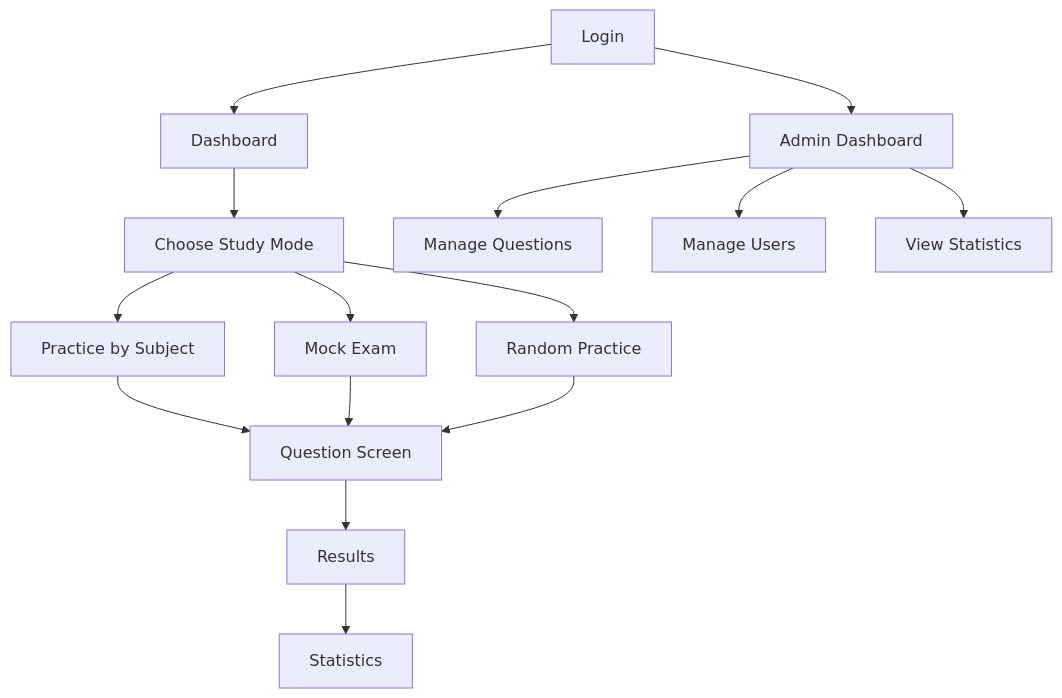
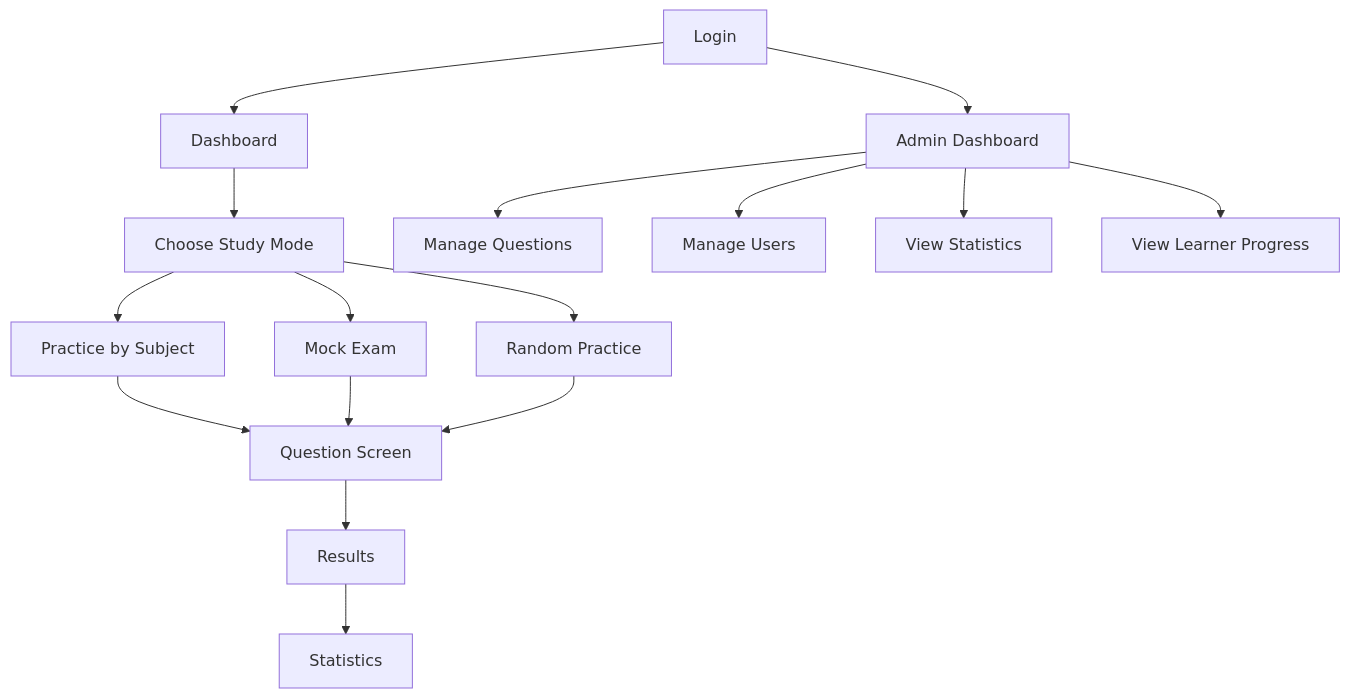
Before and after one commit to Hunter-Theory-Examination-Jagarexamen/hunter-exam-trainer: the diagram in docs/Design/UI-Design.md, drawn with Mermaid. The commit also changed 12 other files, not shown here.

First line of the commit message:
feat: admin view of learner progress (#33)

````diff
--- a/docs/Design/UI-Design.md
+++ b/docs/Design/UI-Design.md
@@ -3,29 +3,32 @@
 ```mermaid
 flowchart TD
 
     A[Login]
 
     A --> B[Dashboard]
 
     B --> C[Choose Study Mode]
 
     C --> D[Practice by Subject]
     C --> E[Mock Exam]
     C --> F[Random Practice]
 
     D --> G[Question Screen]
     E --> G
     F --> G
 
     G --> H[Results]
 
     H --> I[Statistics]
 
     A --> J[Admin Dashboard]
 
     J --> K[Manage Questions]
 
     J --> L[Manage Users]
 
     J --> M[View Statistics]
+
+    J --> N[View Learner Progress]
+
 ```
````
